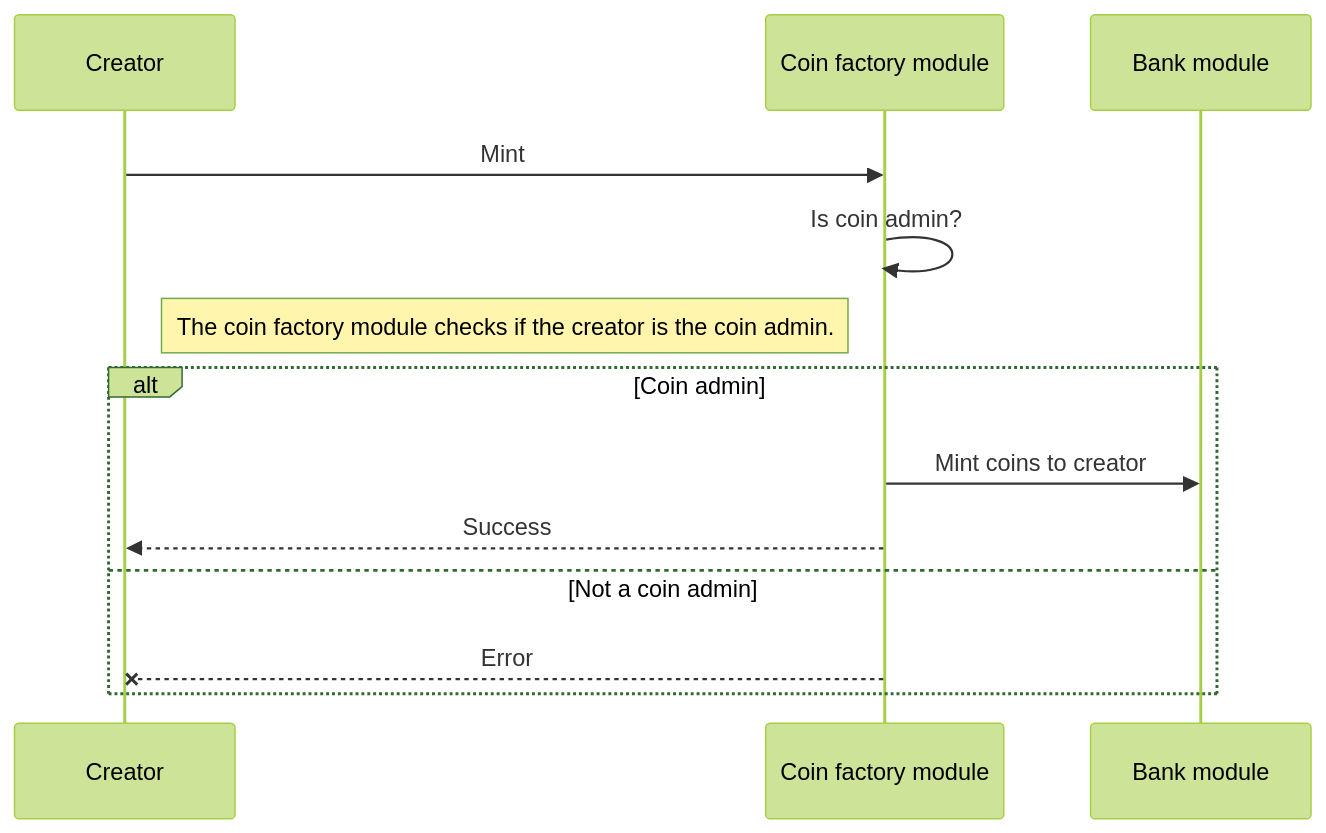
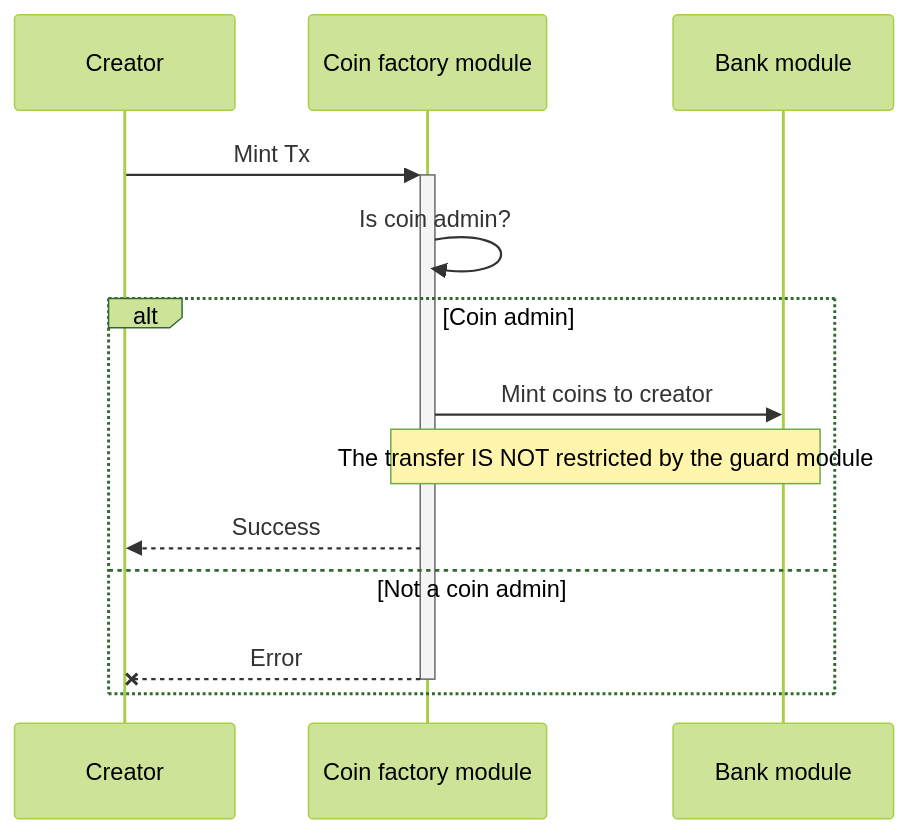
The second of 6 diagrams in x/coinfactory/spec/01_txs_flows.md (MANTRA-Chain/mantrachain), drawn with Mermaid (forest theme) before and after one commit. The commit also changed other lines of this file and 12 other files, not shown here.

Commit message:
docs: add update txs flows docs

````diff
--- a/x/coinfactory/spec/01_txs_flows.md
+++ b/x/coinfactory/spec/01_txs_flows.md
@@ -26,12 +23,12 @@
 ```mermaid
 sequenceDiagram
-Creator ->> Coin factory module: Mint
+Creator->>+Coin factory module: Mint Tx
 Coin factory module->>Coin factory module: Is coin admin?
-Note left of Coin factory module: The coin factory module checks if the creator is the coin admin.
 alt Coin admin
   Coin factory module->>Bank module: Mint coins to creator
-  Coin factory module-->> Creator: Success
+  Note over Coin factory module, Bank module: The transfer IS NOT restricted by the guard module
+  Coin factory module-->>Creator: Success
 else Not a coin admin
-  Coin factory module--x Creator: Error
+  Coin factory module--x-Creator: Error
 end
 ```
````
